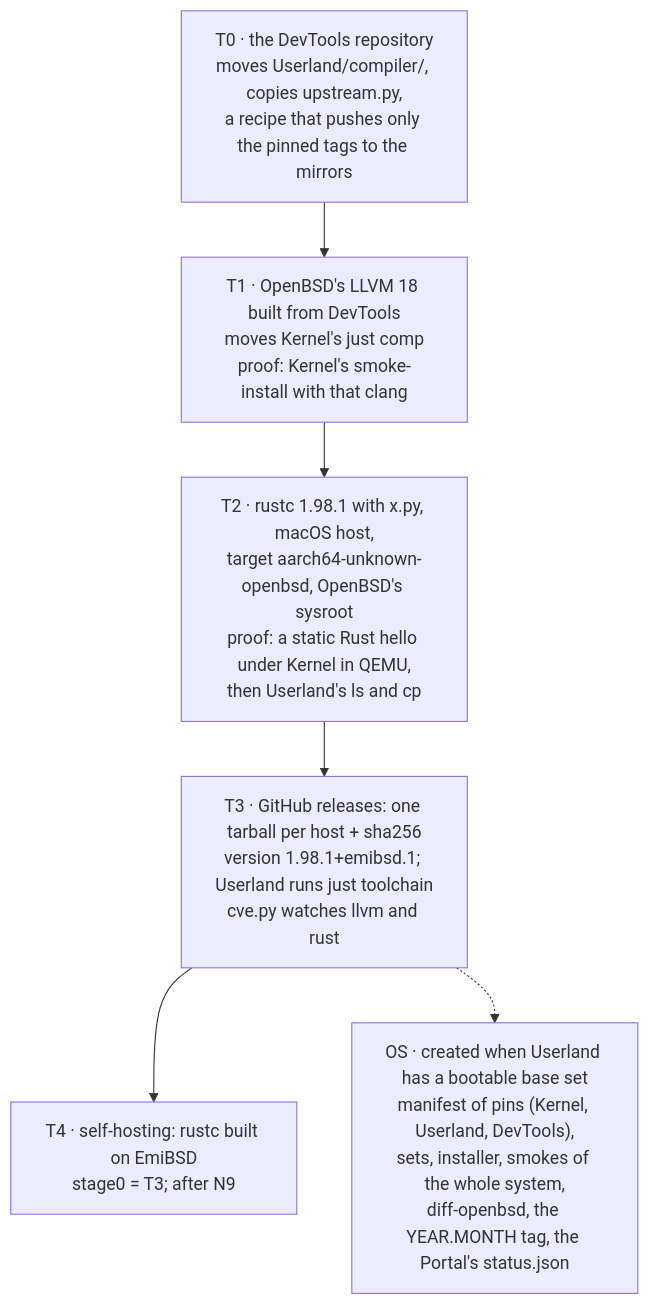
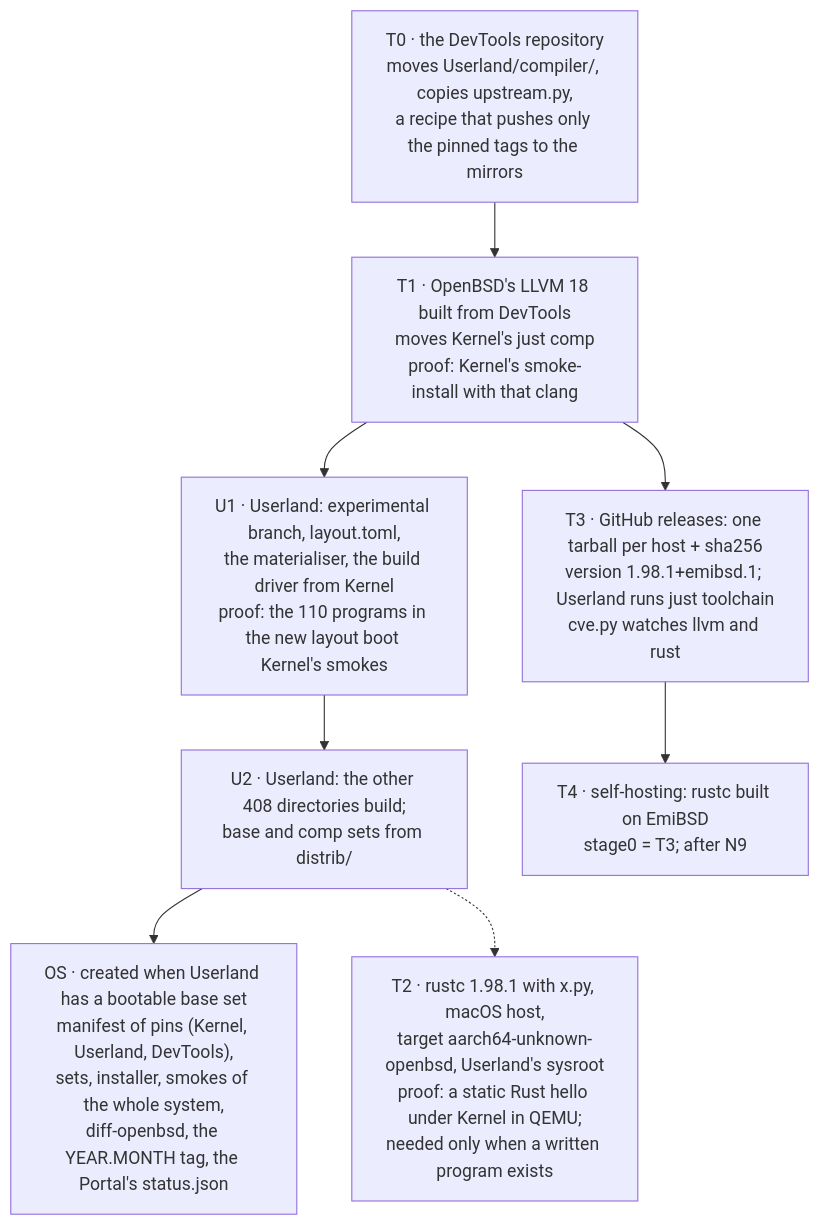
One commit to EmiBSD/Governance changed the third of 3 diagrams in docs/architecture.md. Above: the diagram before and after it, drawn with Mermaid. The commit also changed other lines of this file and 5 other files, not shown here.

First line of the commit message:
decisions: propose G-0013, Userland inherits OpenBSD's C in our layout

````diff
--- a/docs/architecture.md
+++ b/docs/architecture.md
@@ -101,12 +109,15 @@
 ```mermaid
 flowchart TB
     T0["T0 · the DevTools repository<br/>moves Userland/compiler/, copies upstream.py,<br/>a recipe that pushes only the pinned tags to the mirrors"]
     T1["T1 · OpenBSD's LLVM 18 built from DevTools<br/>moves Kernel's just comp<br/>proof: Kernel's smoke-install with that clang"]
-    T2["T2 · rustc 1.98.1 with x.py, macOS host,<br/>target aarch64-unknown-openbsd, OpenBSD's sysroot<br/>proof: a static Rust hello under Kernel in QEMU,<br/>then Userland's ls and cp"]
+    U1["U1 · Userland: experimental branch, layout.toml,<br/>the materialiser, the build driver from Kernel<br/>proof: the 110 programs in the new layout boot Kernel's smokes"]
+    U2["U2 · Userland: the other 408 directories build;<br/>base and comp sets from distrib/"]
+    T2["T2 · rustc 1.98.1 with x.py, macOS host,<br/>target aarch64-unknown-openbsd, Userland's sysroot<br/>proof: a static Rust hello under Kernel in QEMU;<br/>needed only when a written program exists"]
     T3["T3 · GitHub releases: one tarball per host + sha256<br/>version 1.98.1+emibsd.1; Userland runs just toolchain<br/>cve.py watches llvm and rust"]
     T4["T4 · self-hosting: rustc built on EmiBSD<br/>stage0 = T3; after N9"]
     R0["OS · created when Userland has a bootable base set<br/>manifest of pins (Kernel, Userland, DevTools),<br/>sets, installer, smokes of the whole system,<br/>diff-openbsd, the YEAR.MONTH tag, the Portal's status.json"]
 
-    T0 --> T1 --> T2 --> T3 --> T4
-    T3 -.-> R0
+    T0 --> T1 --> U1 --> U2 --> R0
+    T1 --> T3 --> T4
+    U2 -.-> T2
 ```
````
